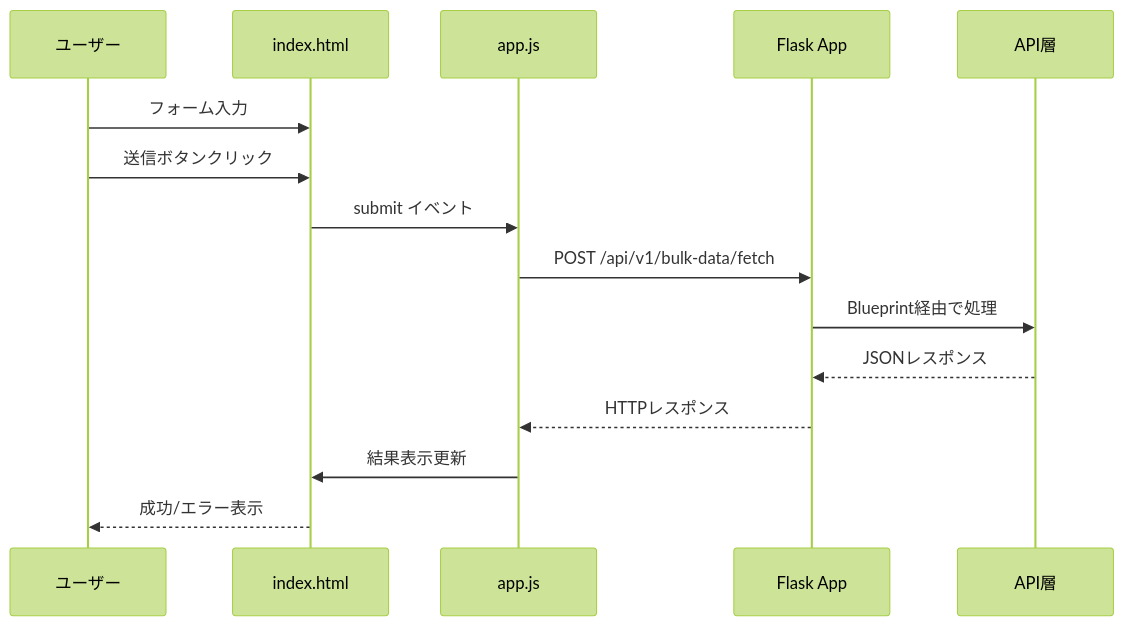
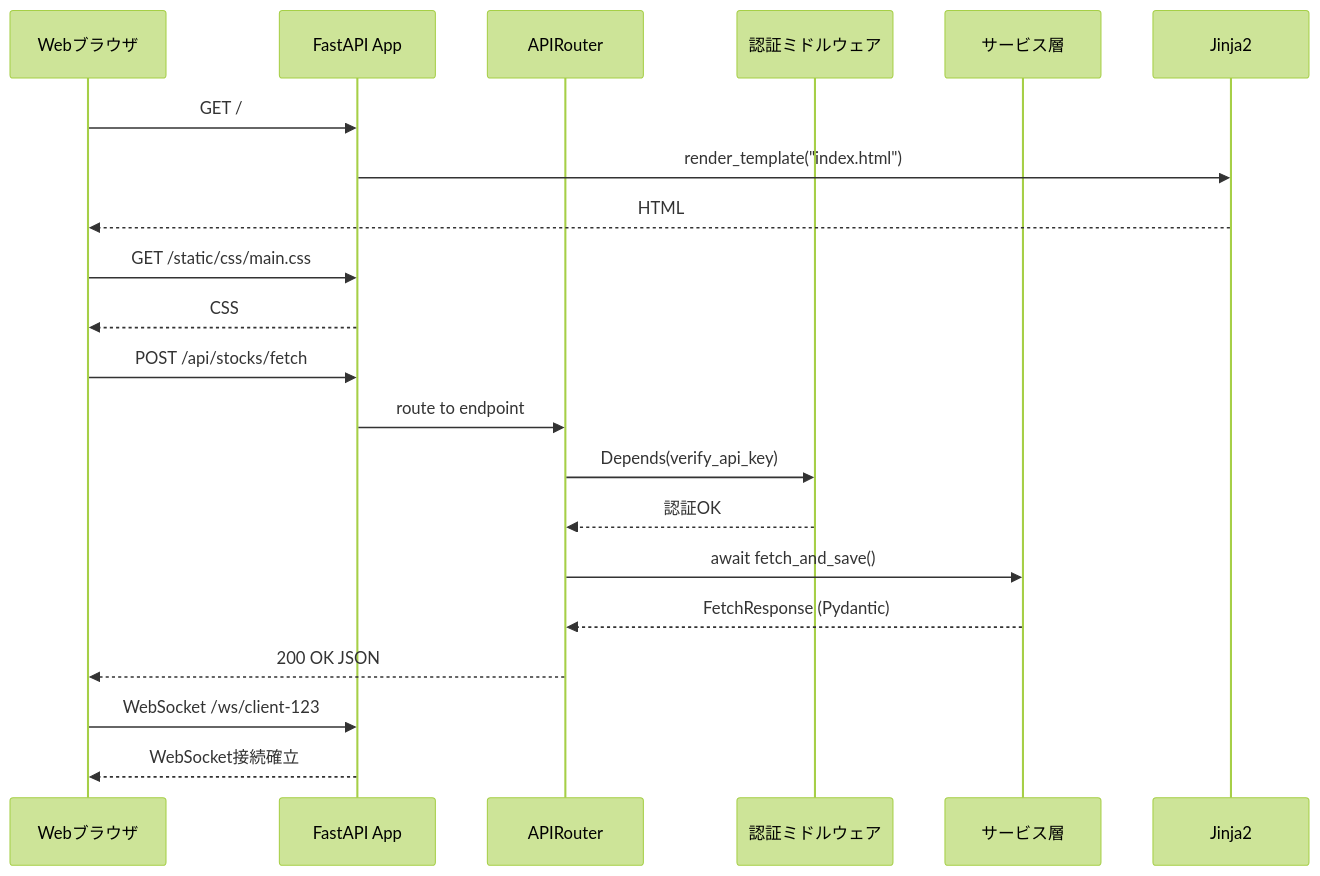
One commit to TIMMY-WEST/STOCK-INVESTMENT-ANALYZER changed the third of 3 diagrams in docs/architecture/layers/presentation_layer.md. Above: the diagram before and after it, drawn with Mermaid (forest theme). The commit also changed other lines of this file, not shown here.

````diff
--- a/docs/architecture/layers/presentation_layer.md
+++ b/docs/architecture/layers/presentation_layer.md
@@ -411,18 +462,28 @@
 ```mermaid
 sequenceDiagram
-    participant User as ユーザー
-    participant HTML as index.html
-    participant JS as app.js
-    participant Flask as Flask App
-    participant API as API層
+    participant Browser as Webブラウザ
+    participant FastAPI as FastAPI App
+    participant Router as APIRouter
+    participant Auth as 認証ミドルウェア
+    participant Service as サービス層
+    participant Template as Jinja2
 
-    User->>HTML: フォーム入力
-    User->>HTML: 送信ボタンクリック
-    HTML->>JS: submit イベント
-    JS->>Flask: POST /api/v1/bulk-data/fetch
-    Flask->>API: Blueprint経由で処理
-    API-->>Flask: JSONレスポンス
-    Flask-->>JS: HTTPレスポンス
-    JS->>HTML: 結果表示更新
-    HTML-->>User: 成功/エラー表示
+    Browser->>FastAPI: GET /
+    FastAPI->>Template: render_template("index.html")
+    Template-->>Browser: HTML
+
+    Browser->>FastAPI: GET /static/css/main.css
+    FastAPI-->>Browser: CSS
+
+    Browser->>FastAPI: POST /api/stocks/fetch
+    FastAPI->>Router: route to endpoint
+    Router->>Auth: Depends(verify_api_key)
+    Auth-->>Router: 認証OK
+
+    Router->>Service: await fetch_and_save()
+    Service-->>Router: FetchResponse (Pydantic)
+    Router-->>Browser: 200 OK JSON
+
+    Browser->>FastAPI: WebSocket /ws/client-123
+    FastAPI-->>Browser: WebSocket接続確立
 ```
````
